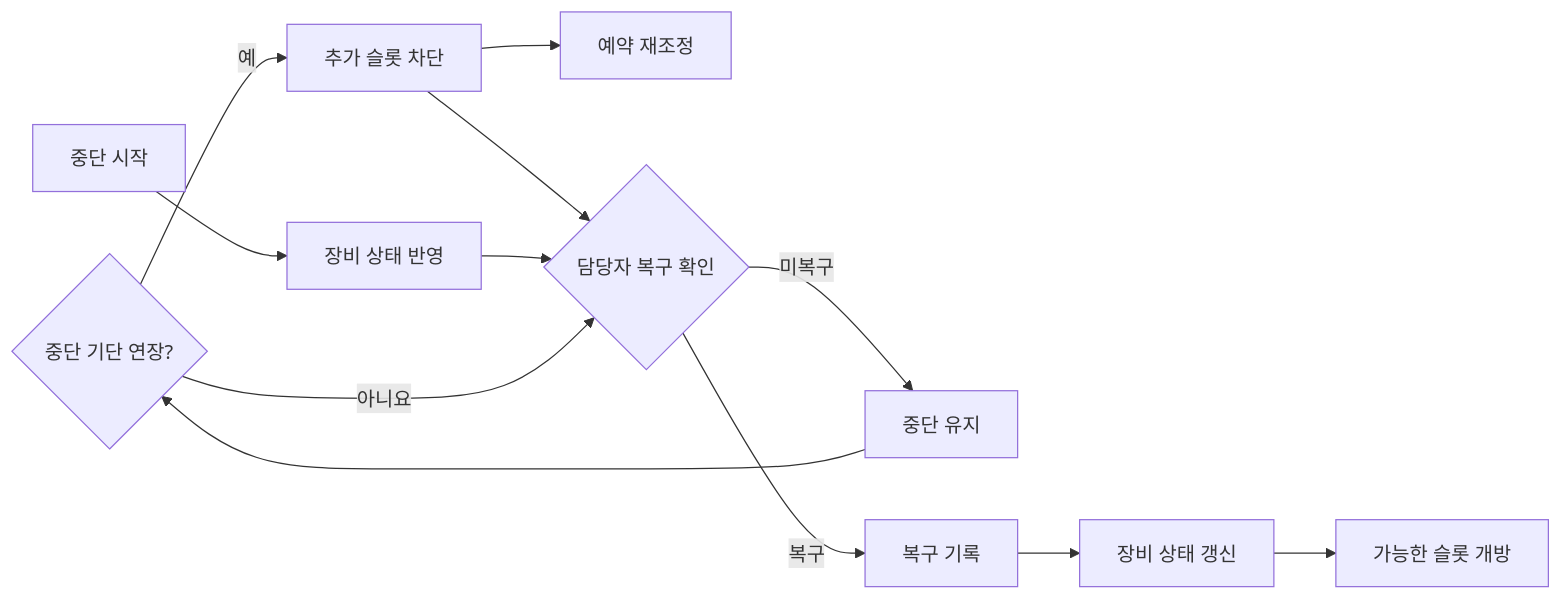
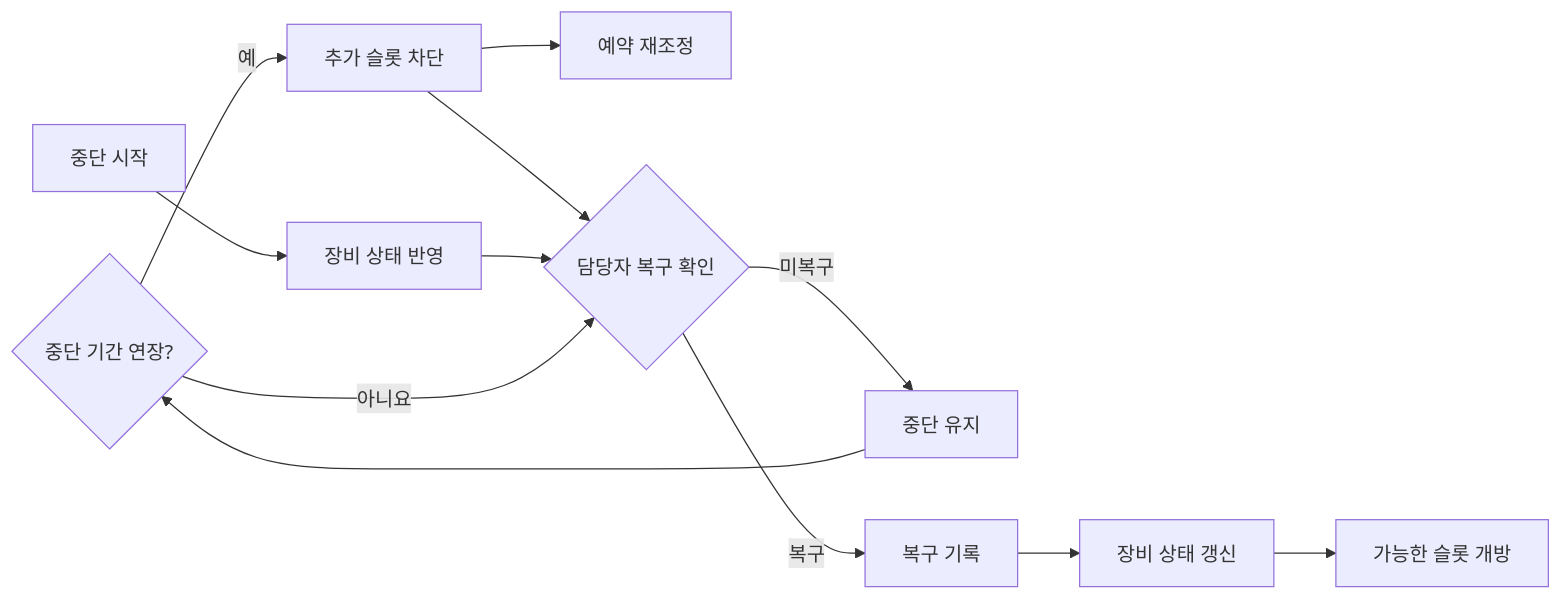
One commit to HEALO-WORLD/ITDA changed the third of 5 diagrams in README.md. Above: the diagram before and after it, drawn with Mermaid. The commit also changed other lines of this file and 3 other files, not shown here.

````diff
--- a/README.md
+++ b/README.md
@@ -115,16 +115,16 @@
 ```mermaid
 flowchart LR
-    A{"중단 기단 연장?"} -->|" 예 "| B["추가 슬롯 차단"]
+    A{"중단 기간 연장?"} -->|" 예 "| B["추가 슬롯 차단"]
     B --> C["예약 재조정"]
     B --> D{"담당자 복구 확인"}
     E["중단 시작"] --> F["장비 상태 반영"]
     F --> D
     A -->|" 아니요 "| D
     D -->|" 미복구 "| G["중단 유지"]
     D -->|" 복구 "| H["복구 기록"]
     H --> I["장비 상태 갱신"]
     I --> J["가능한 슬롯 개방"]
     G --> A
 
 
 ```
````
